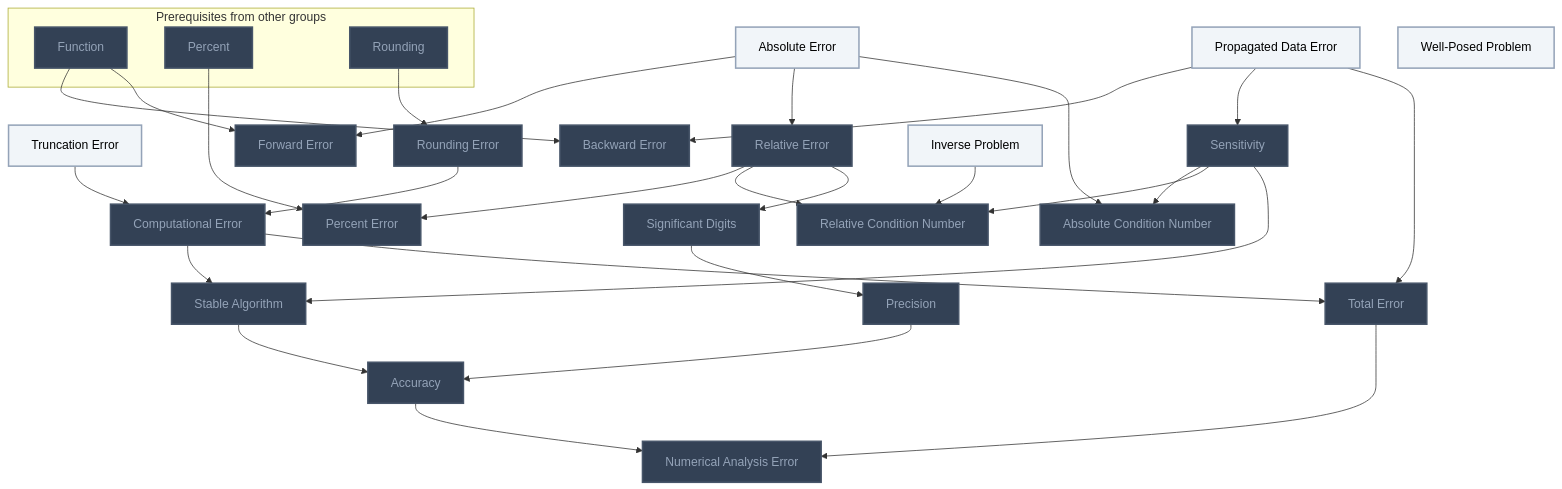
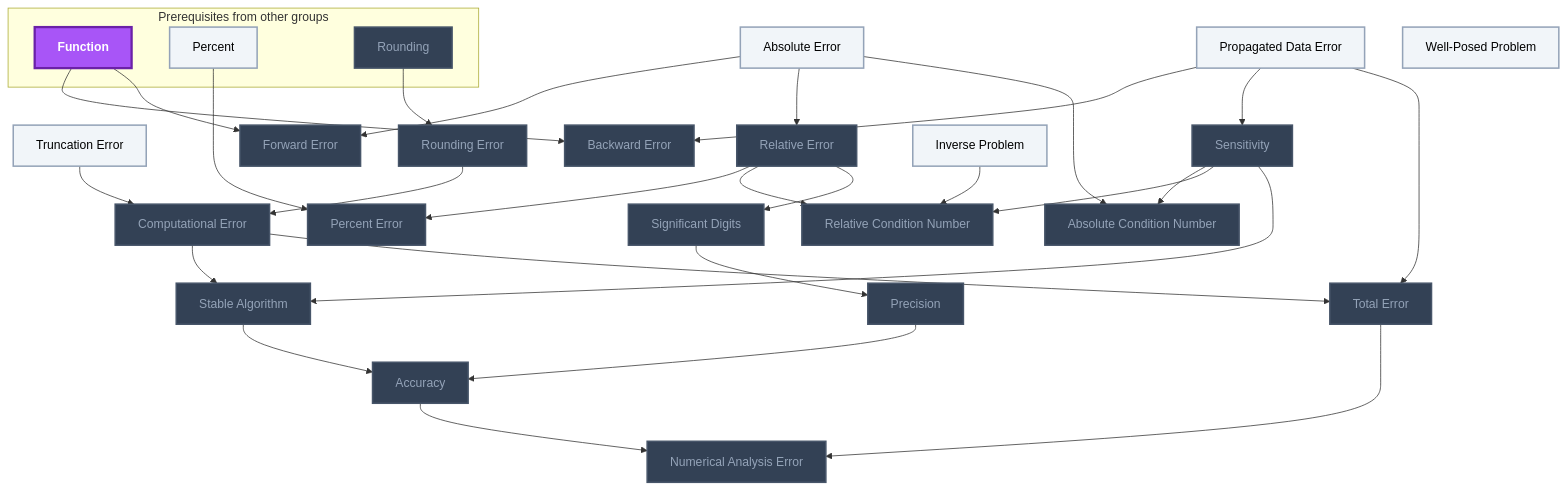
Before and after one commit to MRauf1/My-Notes: the first of 6 diagrams in Gamification/Skill Trees/Numerical Analysis.md, drawn with Mermaid. The commit also changed other lines of this file and 156 other files, not shown here.

````diff
--- a/Gamification/Skill Trees/Numerical Analysis.md
+++ b/Gamification/Skill Trees/Numerical Analysis.md
@@ -14,66 +14,67 @@
 ```mermaid
 flowchart TD
     classDef planned fill:#1E293B,stroke:#64748B,stroke-width:2px,stroke-dasharray:5 5,color:#94A3B8;
     classDef locked fill:#334155,stroke:#475569,stroke-width:2px,color:#94A3B8;
     classDef L0 fill:#F1F5F9,stroke:#94A3B8,stroke-width:2px,color:#000000;
     classDef L1 fill:#22C55E,stroke:#15803D,stroke-width:2px,color:#000000;
     classDef L2 fill:#3B82F6,stroke:#1D4ED8,stroke-width:3px,color:#FFFFFF;
     classDef L3 fill:#A855F7,stroke:#6B21A8,stroke-width:3px,color:#FFFFFF,font-weight:bold;
     classDef L4 fill:#F97316,stroke:#C2410C,stroke-width:4px,color:#000000,font-weight:bold;
     classDef L5 fill:#FFD700,stroke:#FF8C00,stroke-width:5px,color:#000000,font-weight:bold;
     classDef rusty stroke:#8B4513,stroke-width:4px,stroke-dasharray:3 3;
     subgraph sg_prereqs["Prerequisites from other groups"]
         n_function["Function"]
         n_percent["Percent"]
         n_rounding["Rounding"]
     end
     n_absolute_error["Absolute Error"]
     n_truncation_error["Truncation Error"]
     n_relative_error["Relative Error"]
     n_percent_error["Percent Error"]
     n_rounding_error["Rounding Error"]
     n_numerical_analysis_error["Numerical Analysis Error"]
     n_propagated_data_error["Propagated Data Error"]
     n_computational_error["Computational Error"]
     n_total_error["Total Error"]
     n_backward_error["Backward Error"]
     n_forward_error["Forward Error"]
     n_well_posed_problem["Well-Posed Problem"]
     n_relative_condition_number["Relative Condition Number"]
     n_absolute_condition_number["Absolute Condition Number"]
     n_significant_digits["Significant Digits"]
     n_precision["Precision"]
     n_sensitivity["Sensitivity"]
     n_inverse_problem["Inverse Problem"]
     n_stable_algorithm["Stable Algorithm"]
     n_accuracy["Accuracy"]
     n_function --> n_backward_error
     n_propagated_data_error --> n_backward_error
     n_absolute_error --> n_forward_error
     n_function --> n_forward_error
     n_absolute_error --> n_relative_error
     n_propagated_data_error --> n_sensitivity
     n_absolute_error --> n_absolute_condition_number
     n_sensitivity --> n_absolute_condition_number
     n_percent --> n_percent_error
     n_relative_error --> n_percent_error
     n_inverse_problem --> n_relative_condition_number
     n_relative_error --> n_relative_condition_number
     n_sensitivity --> n_relative_condition_number
     n_relative_error --> n_significant_digits
     n_significant_digits --> n_precision
     n_rounding --> n_rounding_error
     n_rounding_error --> n_computational_error
     n_truncation_error --> n_computational_error
     n_computational_error --> n_stable_algorithm
     n_sensitivity --> n_stable_algorithm
     n_computational_error --> n_total_error
     n_propagated_data_error --> n_total_error
     n_precision --> n_accuracy
     n_stable_algorithm --> n_accuracy
     n_accuracy --> n_numerical_analysis_error
     n_total_error --> n_numerical_analysis_error
-    class n_function,n_percent,n_rounding,n_relative_error,n_percent_error,n_rounding_error,n_numerical_analysis_error,n_computational_error,n_total_error,n_backward_error,n_forward_error,n_relative_condition_number,n_absolute_condition_number,n_significant_digits,n_precision,n_sensitivity,n_stable_algorithm,n_accuracy locked;
-    class n_absolute_error,n_truncation_error,n_propagated_data_error,n_well_posed_problem,n_inverse_problem L0;
+    class n_rounding,n_relative_error,n_percent_error,n_rounding_error,n_numerical_analysis_error,n_computational_error,n_total_error,n_backward_error,n_forward_error,n_relative_condition_number,n_absolute_condition_number,n_significant_digits,n_precision,n_sensitivity,n_stable_algorithm,n_accuracy locked;
+    class n_percent,n_absolute_error,n_truncation_error,n_propagated_data_error,n_well_posed_problem,n_inverse_problem L0;
+    class n_function L3;
     class n_function,n_percent,n_rounding,n_absolute_error,n_truncation_error,n_relative_error,n_percent_error,n_rounding_error,n_numerical_analysis_error,n_propagated_data_error,n_computational_error,n_total_error,n_backward_error,n_forward_error,n_well_posed_problem,n_relative_condition_number,n_absolute_condition_number,n_significant_digits,n_precision,n_sensitivity,n_inverse_problem,n_stable_algorithm,n_accuracy internal-link;
 ```
````
